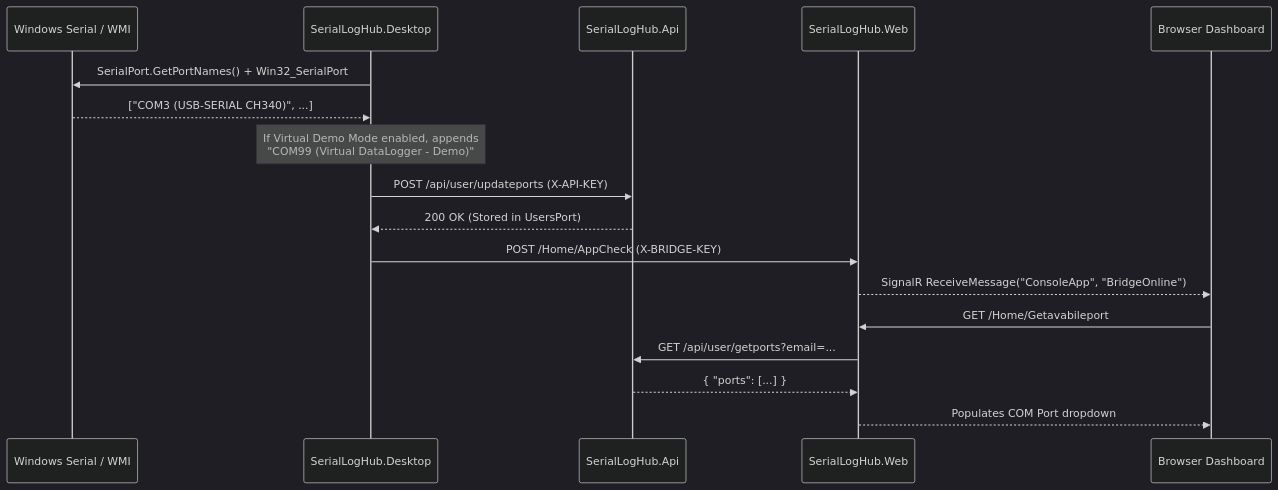
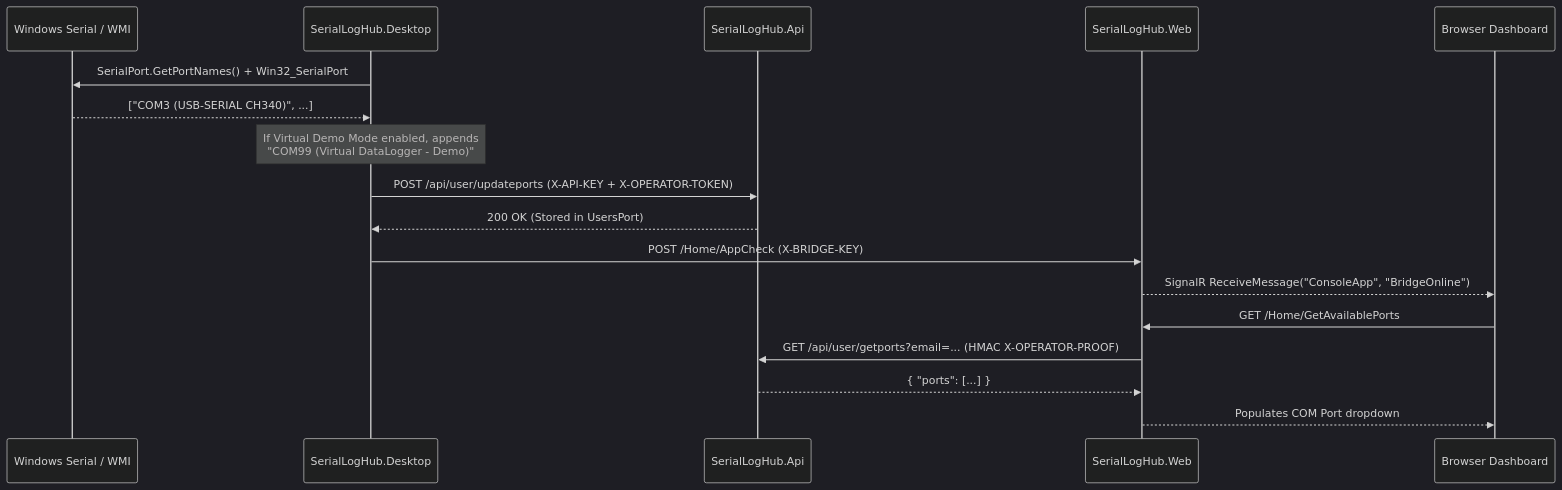
The second of 3 diagrams in docs/architecture/ARCHITECTURE.md (Abuluc/seriallog-hub), drawn with Mermaid (dark theme) before and after one commit. The commit also changed other lines of this file and 18 other files, not shown here.

````diff
--- a/docs/architecture/ARCHITECTURE.md
+++ b/docs/architecture/ARCHITECTURE.md
@@ -30,20 +30,20 @@
 ```mermaid
 sequenceDiagram
     participant OS as Windows Serial / WMI
     participant Desk as SerialLogHub.Desktop
     participant API as SerialLogHub.Api
     participant Web as SerialLogHub.Web
     participant UI as Browser Dashboard
 
     Desk->>OS: SerialPort.GetPortNames() + Win32_SerialPort
     OS-->>Desk: ["COM3 (USB-SERIAL CH340)", ...]
     Note over Desk: If Virtual Demo Mode enabled, appends<br/>"COM99 (Virtual DataLogger - Demo)"
-    Desk->>API: POST /api/user/updateports (X-API-KEY)
+    Desk->>API: POST /api/user/updateports (X-API-KEY + X-OPERATOR-TOKEN)
     API-->>Desk: 200 OK (Stored in UsersPort)
     Desk->>Web: POST /Home/AppCheck (X-BRIDGE-KEY)
     Web-->>UI: SignalR ReceiveMessage("ConsoleApp", "BridgeOnline")
-    UI->>Web: GET /Home/Getavabileport
-    Web->>API: GET /api/user/getports?email=...
+    UI->>Web: GET /Home/GetAvailablePorts
+    Web->>API: GET /api/user/getports?email=... (HMAC X-OPERATOR-PROOF)
     API-->>Web: { "ports": [...] }
     Web-->>UI: Populates COM Port dropdown
 ```
````
